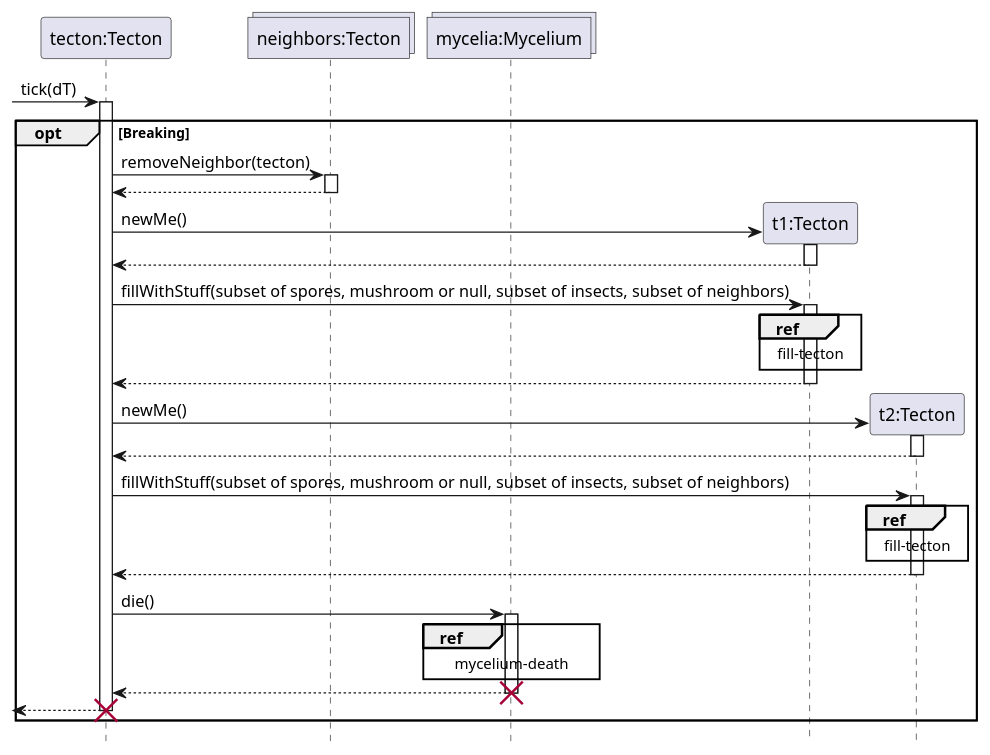
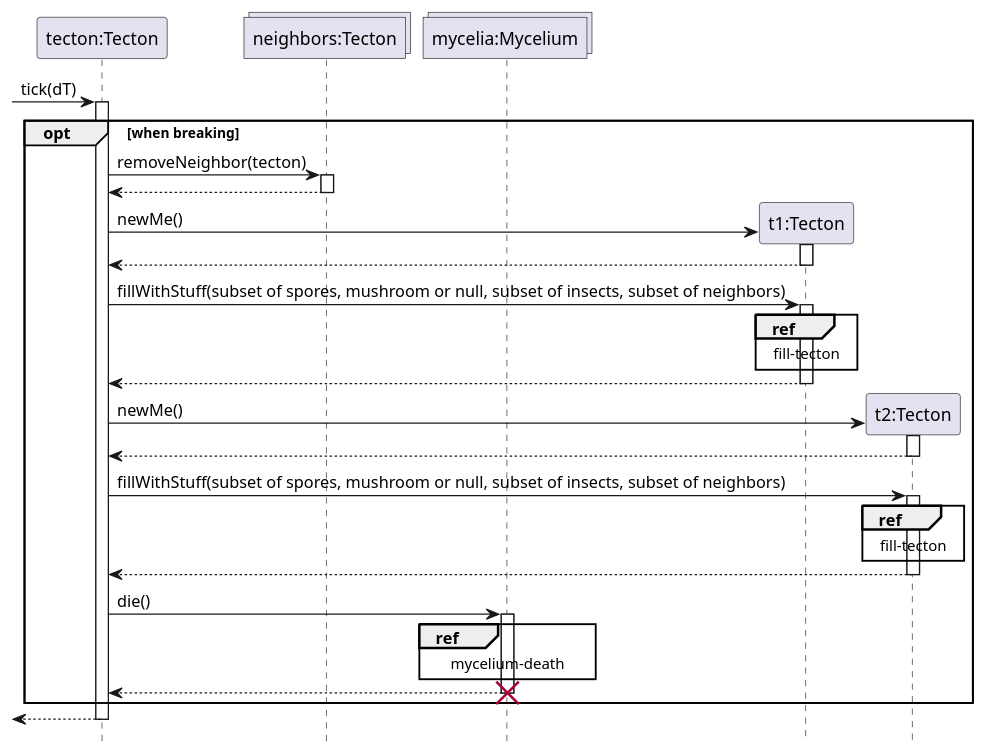
Before and after one commit to ZD4ve/projlab-error521: the diagram in Tecton/tecton-break-seq.pu, drawn with PlantUML. The commit also changed 14 other files, not shown here.

```diff
--- a/Tecton/tecton-break-seq.pu
+++ b/Tecton/tecton-break-seq.pu
@@ -1,53 +1,52 @@
 @startuml Tecton/tecton-break-seq
 hide footbox
 
 participant "tecton:Tecton" as Dying
 collections "neighbors:Tecton" as allNeighbors
 collections "mycelia:Mycelium" as target
 
 -> Dying : tick(dT)
 activate Dying
-opt Breaking
+opt when breaking
 
 Dying -> allNeighbors : removeNeighbor(tecton)
 activate allNeighbors
 return
 
 create "t1:Tecton" as New1
 Dying -> New1 : newMe()
 activate New1
 return
 Dying -> New1 : fillWithStuff(subset of spores, mushroom or null, subset of insects, subset of neighbors)
 activate New1
 ref over New1
     fill-tecton
 end ref
 return
 
 create "t2:Tecton" as New2
 Dying -> New2 : newMe()
 activate New2
 return
 
 Dying -> New2 : fillWithStuff(subset of spores, mushroom or null, subset of insects, subset of neighbors)
 activate New2
 ref over New2
     fill-tecton
 end ref
 return
 
 Dying -> target : die()
 activate target
 
 ref over target
     mycelium-death
 end ref
 
 return
 destroy target
 
-<-- Dying
-destroy Dying
 end
+return
 
 @enduml
```
